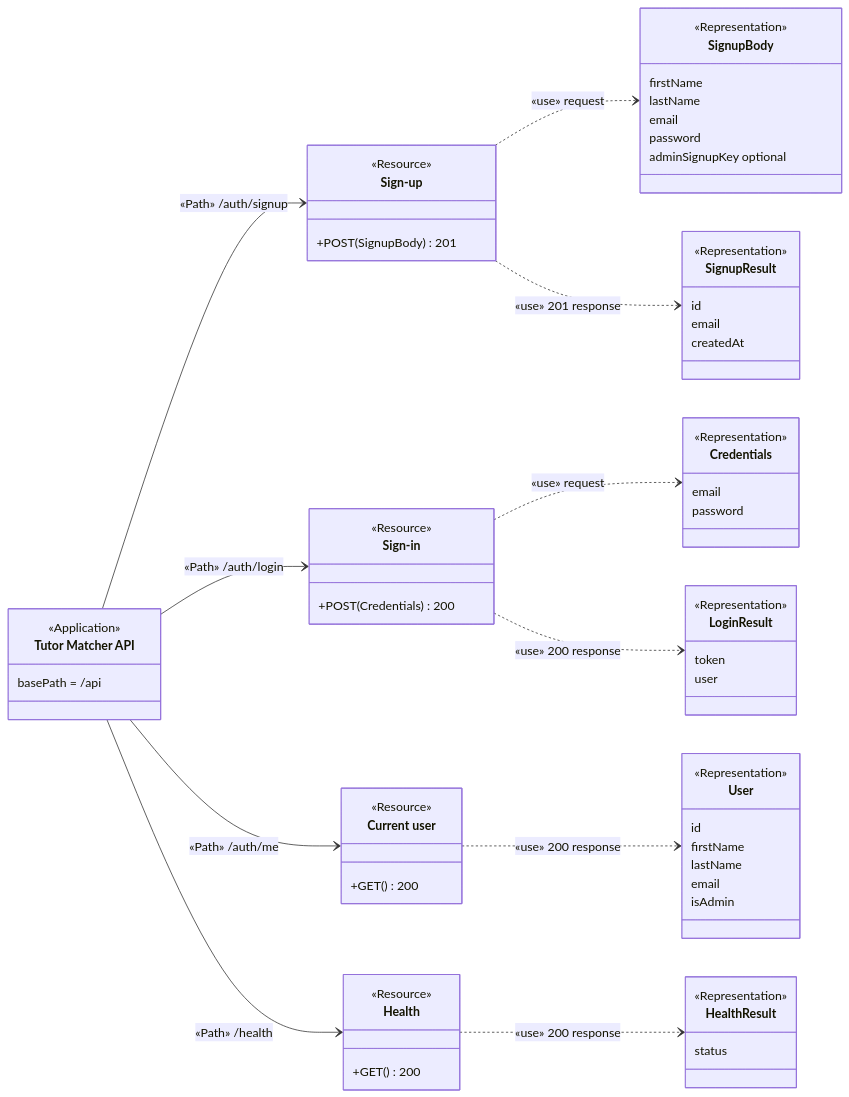
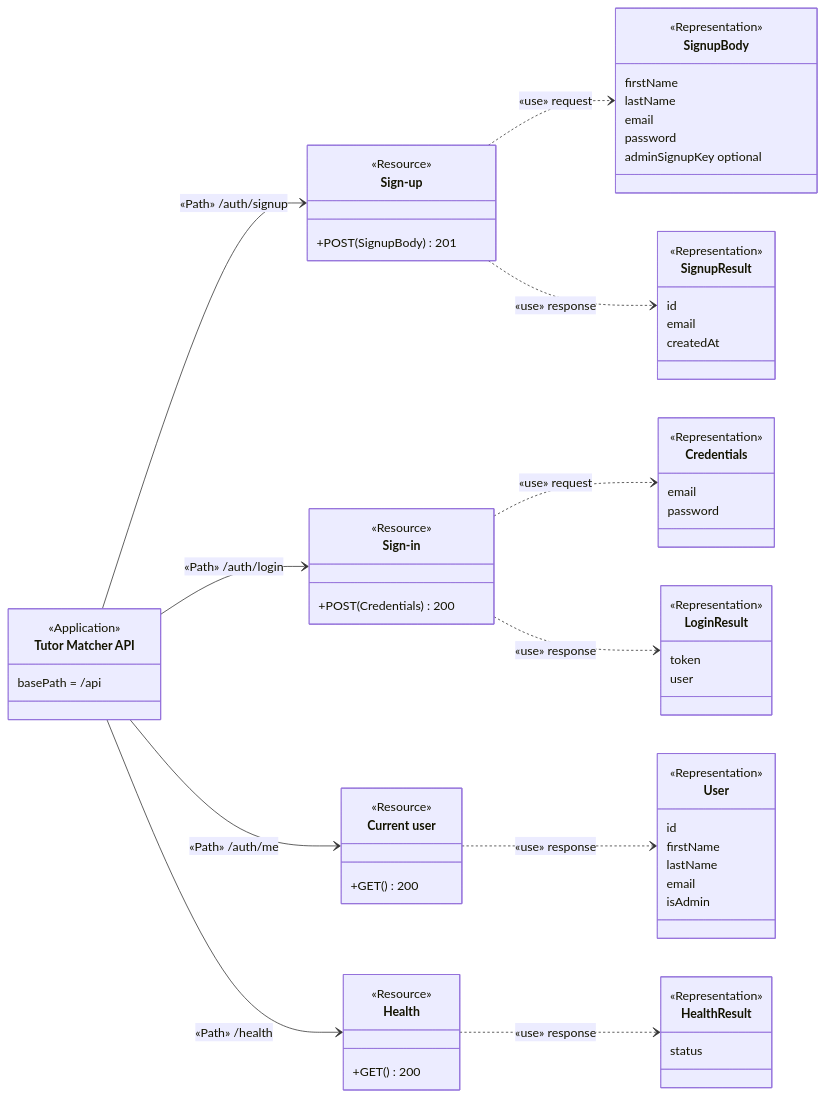
One commit to Azther0z/tutor-matcher changed the first of 15 diagrams in docs/api-diagram.md. Above: the diagram before and after it, drawn with Mermaid. The commit also changed other lines of this file, not shown here.

````diff
--- a/docs/api-diagram.md
+++ b/docs/api-diagram.md
@@ -48,70 +48,70 @@
 ```mermaid
 classDiagram
   direction LR
   class API["Tutor Matcher API"] {
     <<Application>>
     basePath = /api
   }
   class Signup["Sign-up"] {
     <<Resource>>
     +POST(SignupBody) 201
   }
   class Login["Sign-in"] {
     <<Resource>>
     +POST(Credentials) 200
   }
   class Me["Current user"] {
     <<Resource>>
     +GET() 200
   }
   class Health["Health"] {
     <<Resource>>
     +GET() 200
   }
   class SignupBody {
     <<Representation>>
     firstName
     lastName
     email
     password
     adminSignupKey optional
   }
   class Credentials {
     <<Representation>>
     email
     password
   }
   class SignupResult {
     <<Representation>>
     id
     email
     createdAt
   }
   class User {
     <<Representation>>
     id
     firstName
     lastName
     email
     isAdmin
   }
   class LoginResult {
     <<Representation>>
     token
     user
   }
   class HealthResult {
     <<Representation>>
     status
   }
   API --> Signup : «Path» /auth/signup
   API --> Login : «Path» /auth/login
   API --> Me : «Path» /auth/me
   API --> Health : «Path» /health
   Signup ..> SignupBody : «use» request
-  Signup ..> SignupResult : «use» 201 response
+  Signup ..> SignupResult : «use» response
   Login ..> Credentials : «use» request
-  Login ..> LoginResult : «use» 200 response
-  Me ..> User : «use» 200 response
-  Health ..> HealthResult : «use» 200 response
+  Login ..> LoginResult : «use» response
+  Me ..> User : «use» response
+  Health ..> HealthResult : «use» response
 ```
````
